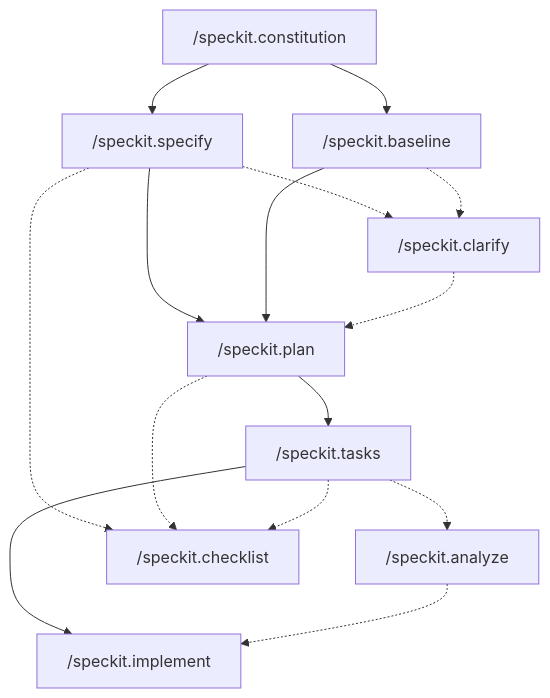
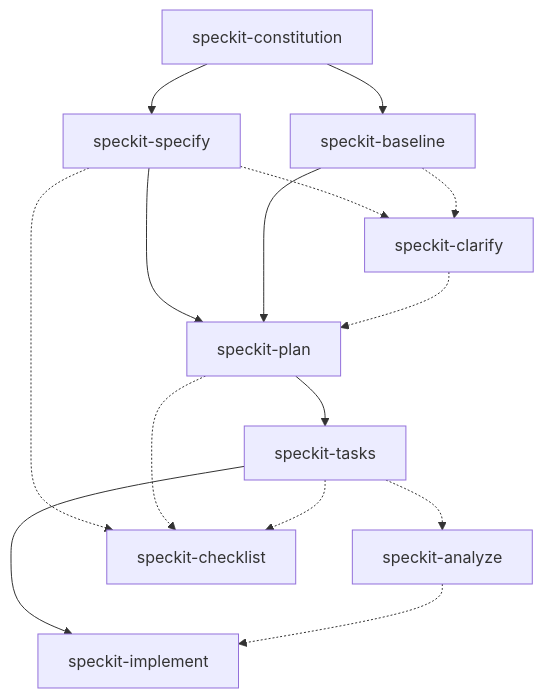
The diagram in README.md (dceoy/speckit-agent-skills), drawn with Mermaid before and after one commit. The commit also changed other lines of this file and 2 other files, not shown here.

````diff
--- a/README.md
+++ b/README.md
@@ -35,21 +35,21 @@
 ```mermaid
 flowchart TD
   %% Core (recommended order)
-  C0["/speckit.constitution"] --> C1["/speckit.specify"] --> C2["/speckit.plan"] --> C3["/speckit.tasks"] --> C4["/speckit.implement"]
+  C0["speckit-constitution"] --> C1["speckit-specify"] --> C2["speckit-plan"] --> C3["speckit-tasks"] --> C4["speckit-implement"]
 
   %% Alternative entry for existing code
-  C0 --> FC["/speckit.baseline"]
+  C0 --> FC["speckit-baseline"]
   FC --> C2
 
   %% Optional (dashed = insert/assist)
-  C1 -.-> O1["/speckit.clarify"]
+  C1 -.-> O1["speckit-clarify"]
   FC -.-> O1
   O1 -.-> C2
 
-  C3 -.-> O2["/speckit.analyze"]
+  C3 -.-> O2["speckit-analyze"]
   O2 -.-> C4
 
-  C1 -.-> O3["/speckit.checklist"]
+  C1 -.-> O3["speckit-checklist"]
   C2 -.-> O3
   C3 -.-> O3
 ```
````
